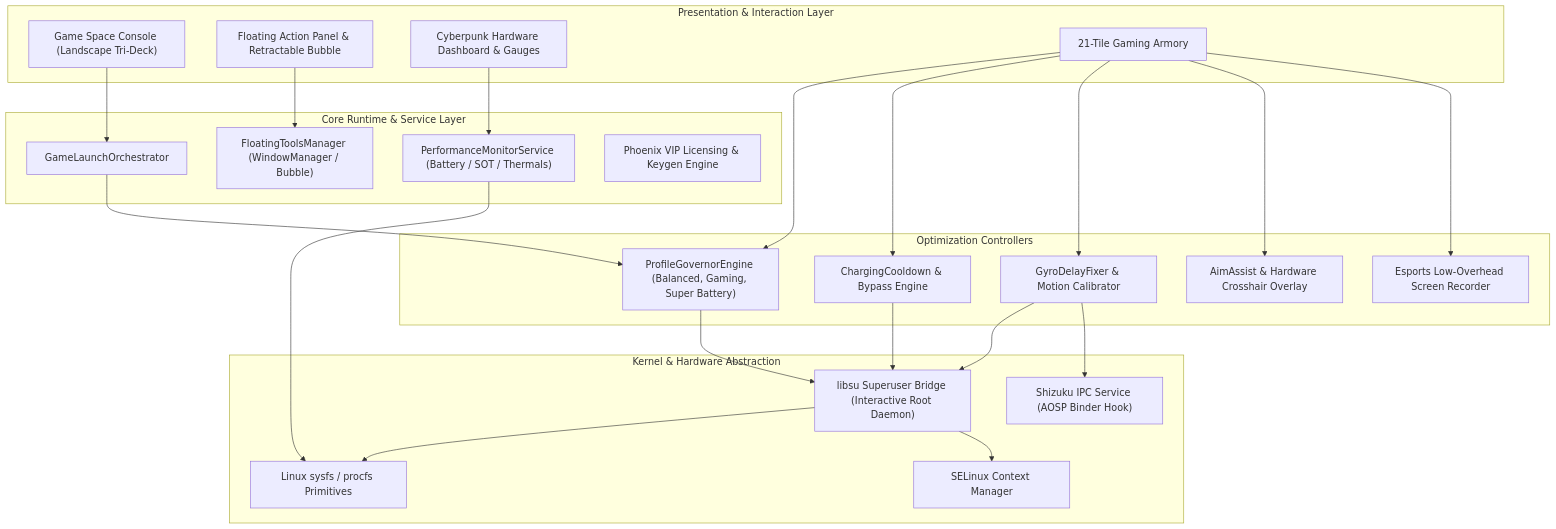
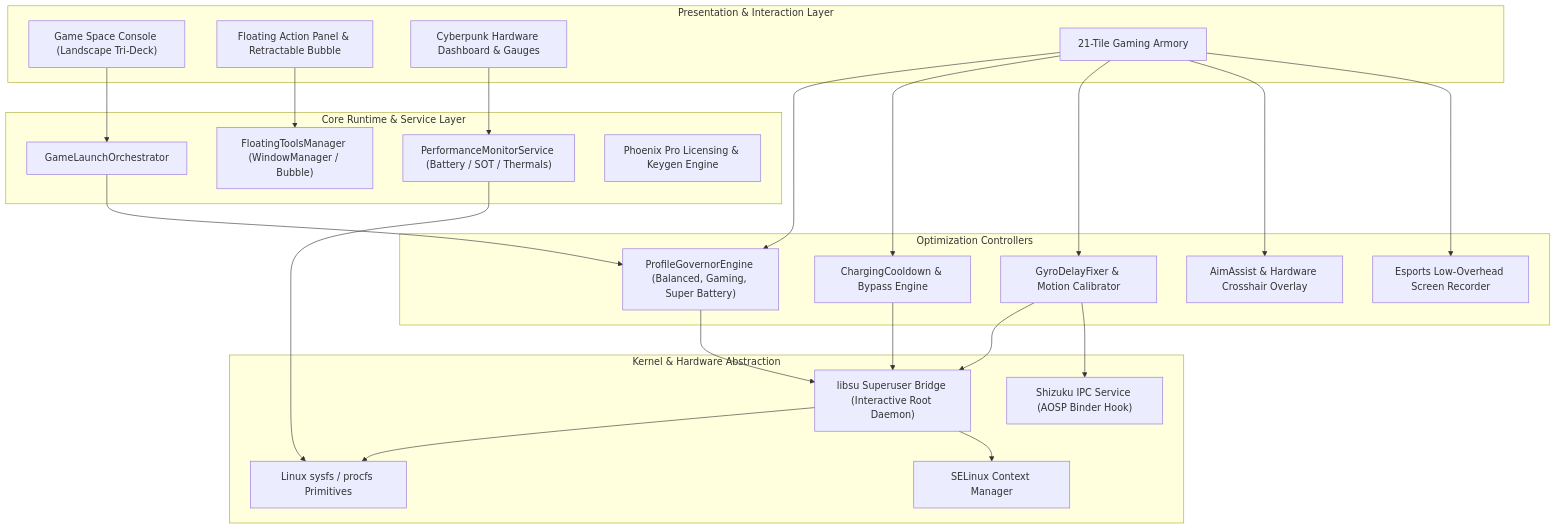
One commit to revws/ror changed the first of 2 diagrams in articel.md. Above: the diagram before and after it, drawn with Mermaid. The commit also changed other lines of this file and 1 other file, not shown here.

Commit message:
style: replace VIP terminology with Pro and remove experimental link from installation

````diff
--- a/articel.md
+++ b/articel.md
@@ -45,49 +45,49 @@
 ```mermaid
 flowchart TD
     subgraph UI_Presentation ["Presentation & Interaction Layer"]
         GS["Game Space Console (Landscape Tri-Deck)"]
         FAP["Floating Action Panel & Retractable Bubble"]
         DASH["Cyberpunk Hardware Dashboard & Gauges"]
         ARM["21-Tile Gaming Armory"]
     end
 
     subgraph Service_Management ["Core Runtime & Service Layer"]
         ORCH["GameLaunchOrchestrator"]
         OVERLAY["FloatingToolsManager (WindowManager / Bubble)"]
         PERF["PerformanceMonitorService (Battery / SOT / Thermals)"]
-        PHX["Phoenix VIP Licensing & Keygen Engine"]
+        PHX["Phoenix Pro Licensing & Keygen Engine"]
     end
 
     subgraph Subsystem_Controllers ["Optimization Controllers"]
         PROF["ProfileGovernorEngine (Balanced, Gaming, Super Battery)"]
         COOL["ChargingCooldown & Bypass Engine"]
         GYRO["GyroDelayFixer & Motion Calibrator"]
         AIM["AimAssist & Hardware Crosshair Overlay"]
         REC["Esports Low-Overhead Screen Recorder"]
     end
 
     subgraph Hardware_Interface ["Kernel & Hardware Abstraction"]
         SU["libsu Superuser Bridge (Interactive Root Daemon)"]
         SHIZUKU["Shizuku IPC Service (AOSP Binder Hook)"]
         SYSFS["Linux sysfs / procfs Primitives"]
         SEENFORCE["SELinux Context Manager"]
     end
 
     GS --> ORCH
     FAP --> OVERLAY
     DASH --> PERF
     ARM --> PROF
     ARM --> COOL
     ARM --> GYRO
     ARM --> AIM
     ARM --> REC
 
     ORCH --> PROF
     PROF --> SU
     COOL --> SU
     GYRO --> SU
     GYRO --> SHIZUKU
     PERF --> SYSFS
     SU --> SYSFS
     SU --> SEENFORCE
 ```
````
